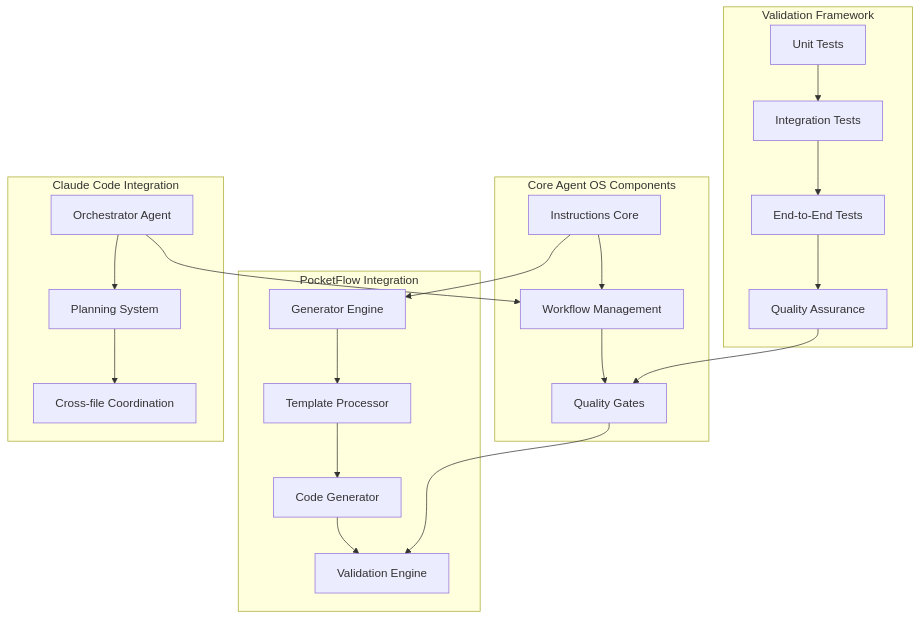
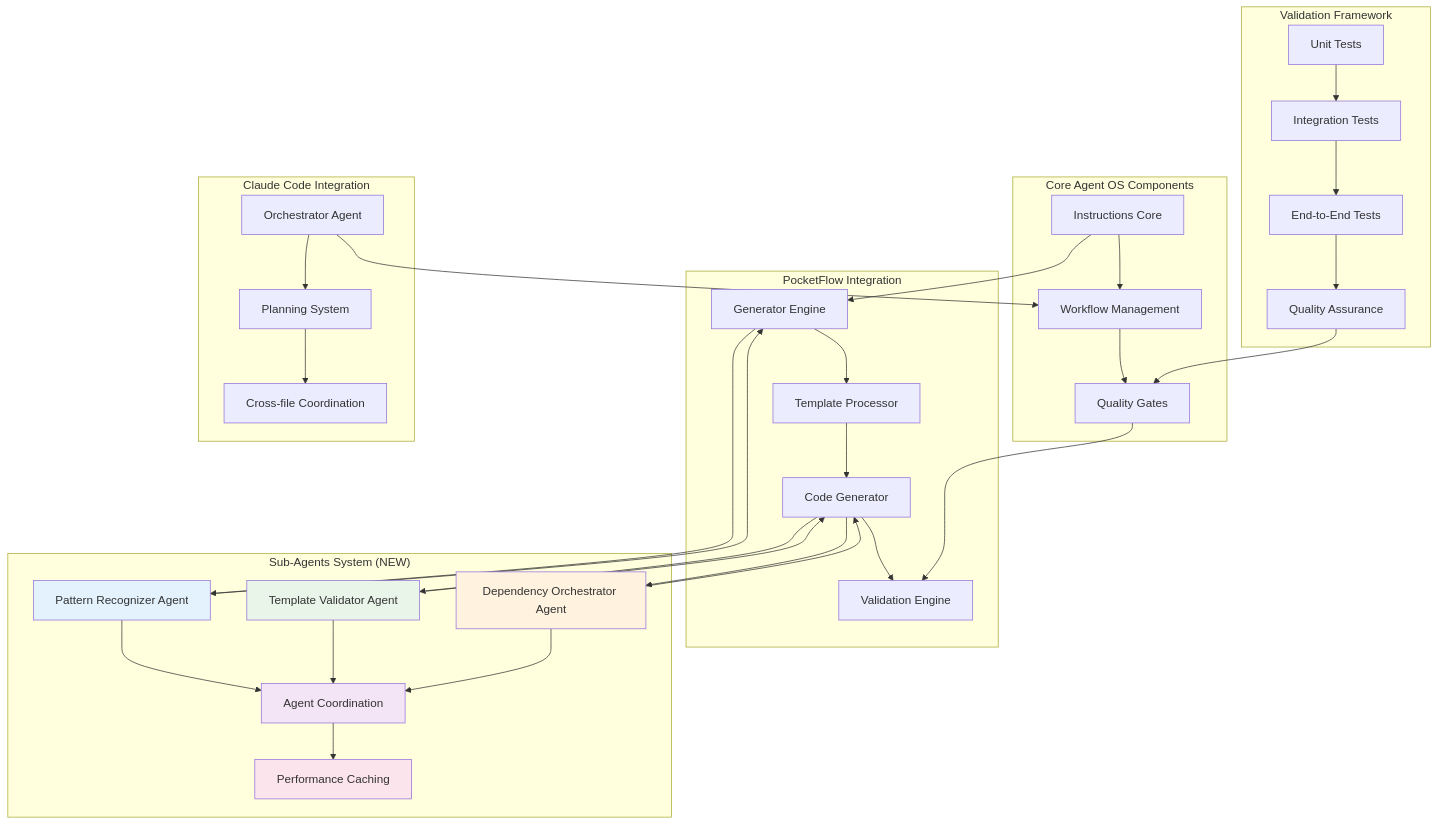
One commit to pickleton89/agent-os-pocketflow changed the first of 12 diagrams in docs/architecture/components.md. Above: the diagram before and after it, drawn with Mermaid. The commit also changed other lines of this file and 2 other files, not shown here.

First line of the commit message:
📊 Update architecture diagrams - Sub-Agents system integration

````diff
--- a/docs/architecture/components.md
+++ b/docs/architecture/components.md
@@ -7,29 +7,53 @@
 ```mermaid
 graph TB
     subgraph "Core Agent OS Components"
         A[Instructions Core] --> B[Workflow Management]
         B --> C[Quality Gates]
     end
     
     subgraph "PocketFlow Integration"
         D[Generator Engine] --> E[Template Processor]
         E --> F[Code Generator]
         F --> G[Validation Engine]
+    end
+    
+    subgraph "Sub-Agents System (NEW)"
+        SA1[Pattern Recognizer Agent]
+        SA2[Template Validator Agent]
+        SA3[Dependency Orchestrator Agent]
+        
+        SA1 --> SA4[Agent Coordination]
+        SA2 --> SA4
+        SA3 --> SA4
+        SA4 --> SA5[Performance Caching]
     end
     
     subgraph "Claude Code Integration"
         H[Orchestrator Agent] --> I[Planning System]
         I --> J[Cross-file Coordination]
     end
     
     subgraph "Validation Framework"
         K[Unit Tests] --> L[Integration Tests]
         L --> M[End-to-End Tests]
         M --> N[Quality Assurance]
     end
     
     A --> D
     C --> G
     H --> B
     N --> C
+    
+    D --> SA1
+    SA1 --> D
+    F --> SA2
+    SA2 --> F
+    F --> SA3
+    SA3 --> F
+    
+    style SA1 fill:#e3f2fd
+    style SA2 fill:#e8f5e8
+    style SA3 fill:#fff3e0
+    style SA4 fill:#f3e5f5
+    style SA5 fill:#fce4ec
 ```
````
